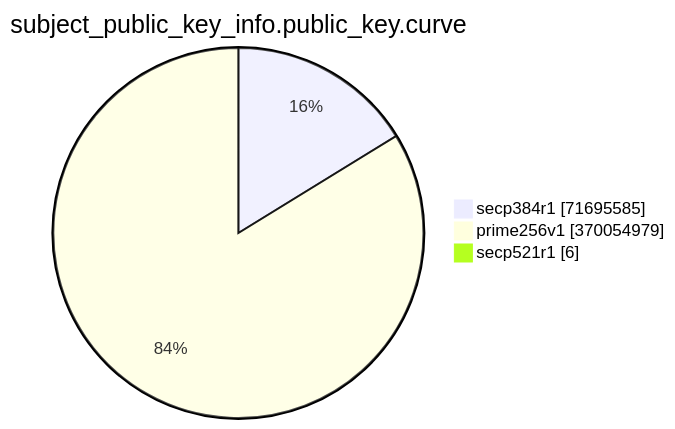
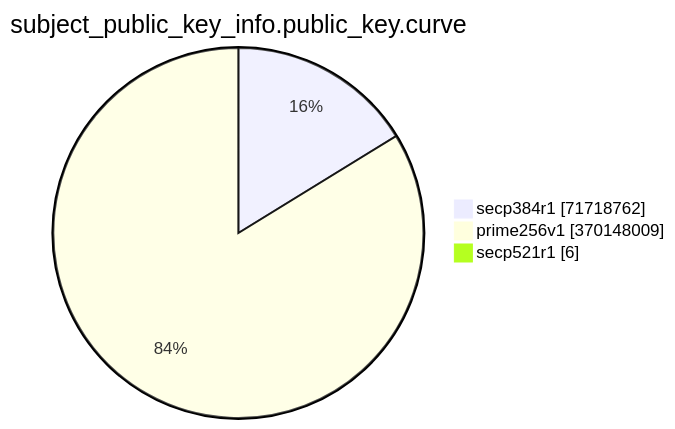
One commit to christiankrug/ctmonitor_visualization changed the eighth of 15 diagrams in TOTAL/README.md. Above: the diagram before and after it, drawn with Mermaid. The commit also changed other lines of this file, not shown here.

````diff
--- a/TOTAL/README.md
+++ b/TOTAL/README.md
@@ -3092,7 +3092,7 @@
 ```mermaid
 pie showData
 title subject_public_key_info.public_key.curve
-"secp384r1" :71695585
-"prime256v1" :370054979
+"secp384r1" :71718762
+"prime256v1" :370148009
 "secp521r1" :6
 ```
````
